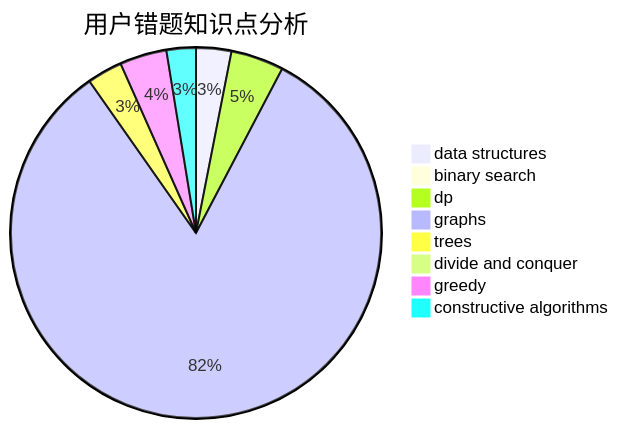
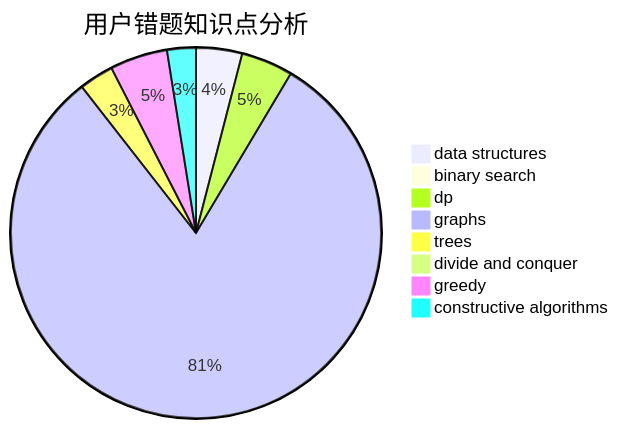
The third of 3 diagrams in docs/user/u1242.md (sherpahu/cfrs.github.io), drawn with Mermaid before and after one commit. The commit also changed other lines of this file and 2770 other files, not shown here.

````diff
--- a/docs/user/u1242.md
+++ b/docs/user/u1242.md
@@ -36,11 +36,11 @@
 ```mermaid
 pie title 用户错题知识点分析
-    "data structures" :  6
+    "data structures" :  8
     "binary search" :  0
     "dp" :  9
     "graphs" :  161
     "trees" :  6
     "divide and conquer" :  1
-    "greedy" :  8
+    "greedy" :  10
     "constructive algorithms" :  5
 ```
````
